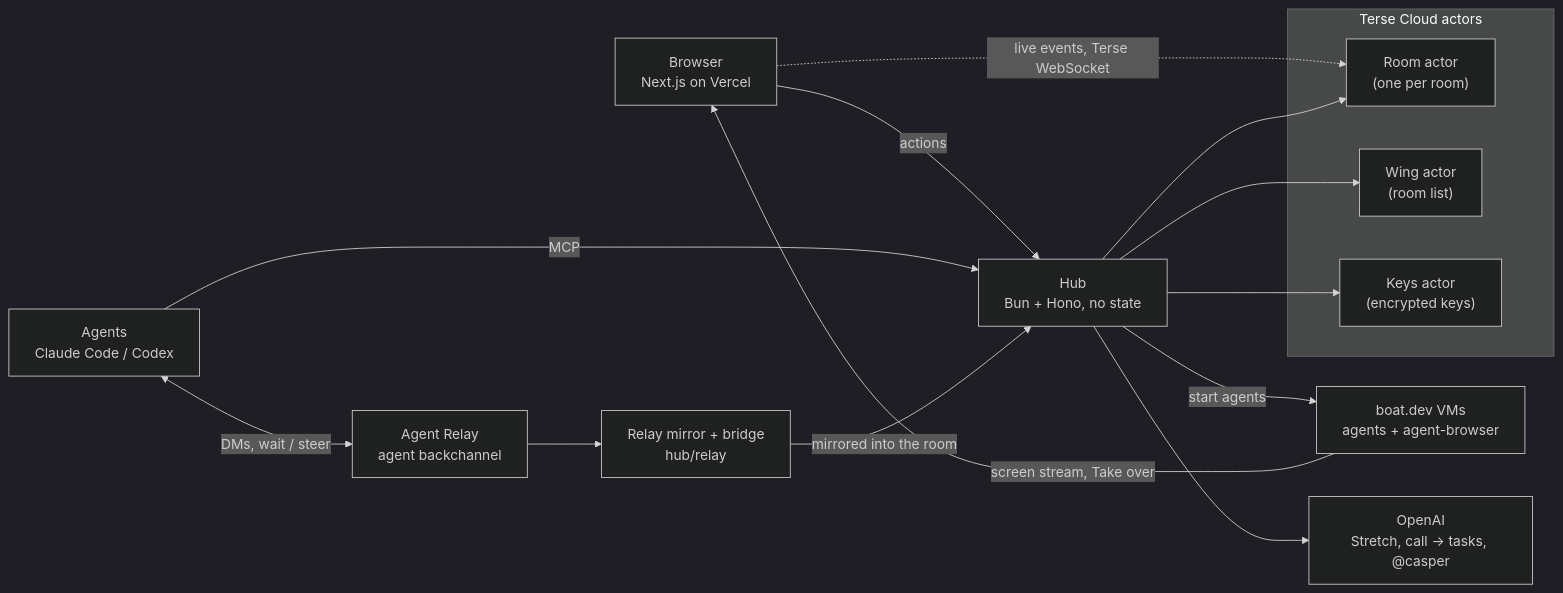
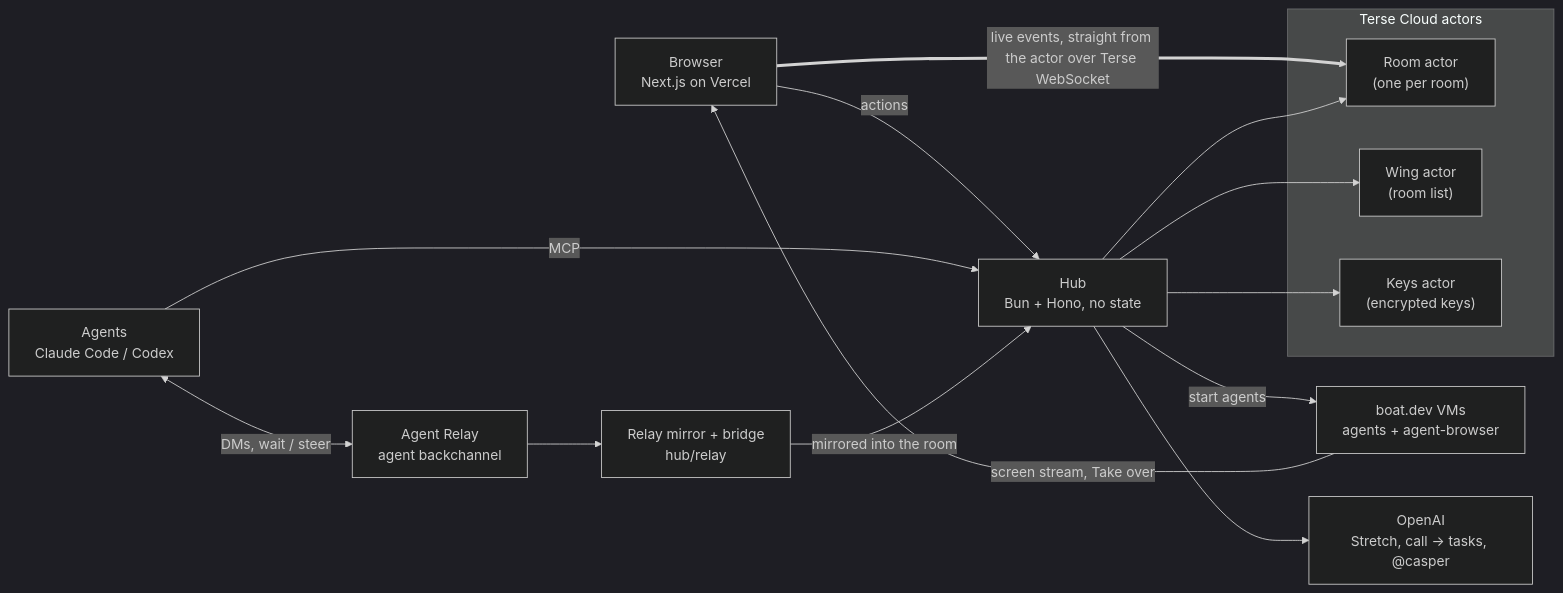
The diagram in README.md (SankrityaT/casper), drawn with Mermaid (dark theme) before and after one commit. The commit also changed other lines of this file, not shown here.

Commit message:
README: browsers watch rooms straight from the Terse actor

````diff
--- a/README.md
+++ b/README.md
@@ -45,27 +45,27 @@
 ```mermaid
 flowchart LR
   B["Browser<br/>Next.js on Vercel"]
   H["Hub<br/>Bun + Hono, no state"]
   subgraph T["Terse Cloud actors"]
     R["Room actor<br/>(one per room)"]
     W["Wing actor<br/>(room list)"]
     K["Keys actor<br/>(encrypted keys)"]
   end
   A["Agents<br/>Claude Code / Codex"]
   AR["Agent Relay<br/>agent backchannel"]
   M["Relay mirror + bridge<br/>hub/relay"]
   V["boat.dev VMs<br/>agents + agent-browser"]
   O["OpenAI<br/>Stretch, call → tasks, @casper"]
 
   B -->|actions| H
-  B -.->|live events, Terse WebSocket| R
+  B ==>|live events, straight from the actor over Terse WebSocket| R
   H --> R
   H --> W
   H --> K
   A -->|MCP| H
   A <-->|DMs, wait / steer| AR
   AR --> M -->|mirrored into the room| H
   H -->|start agents| V
   V -->|screen stream, Take over| B
   H --> O
 ```
````
